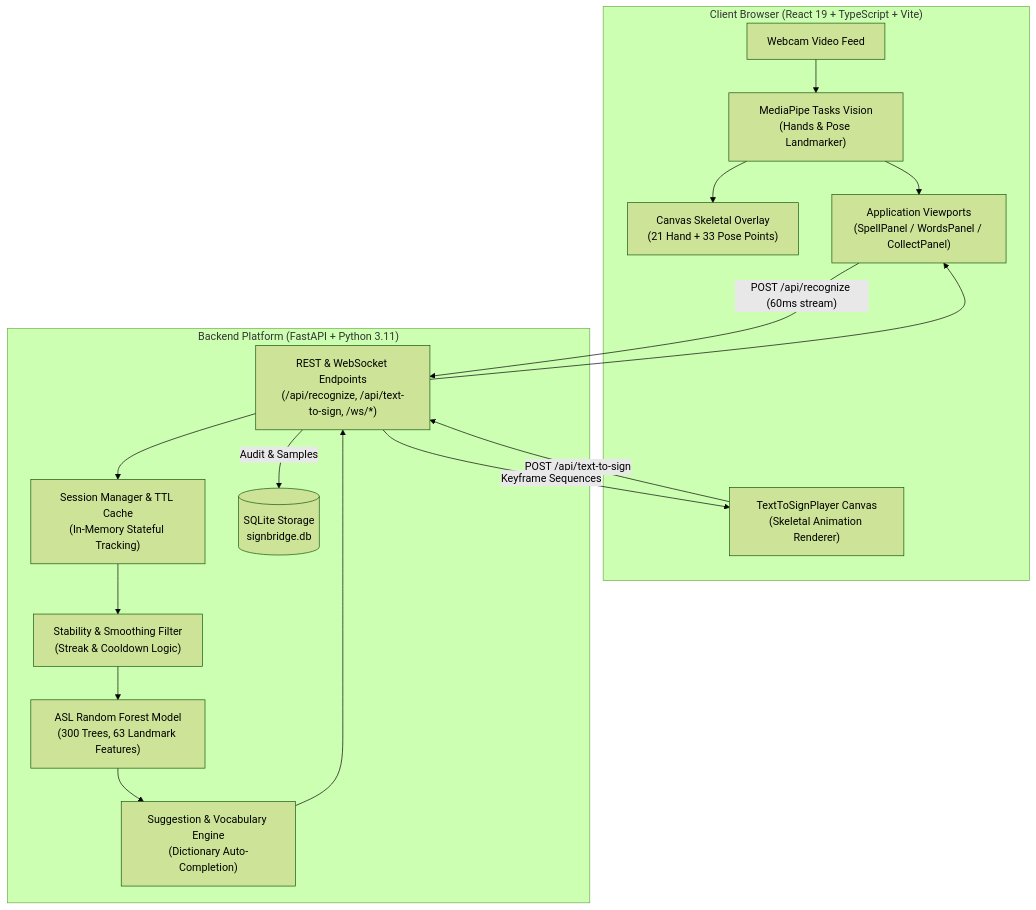
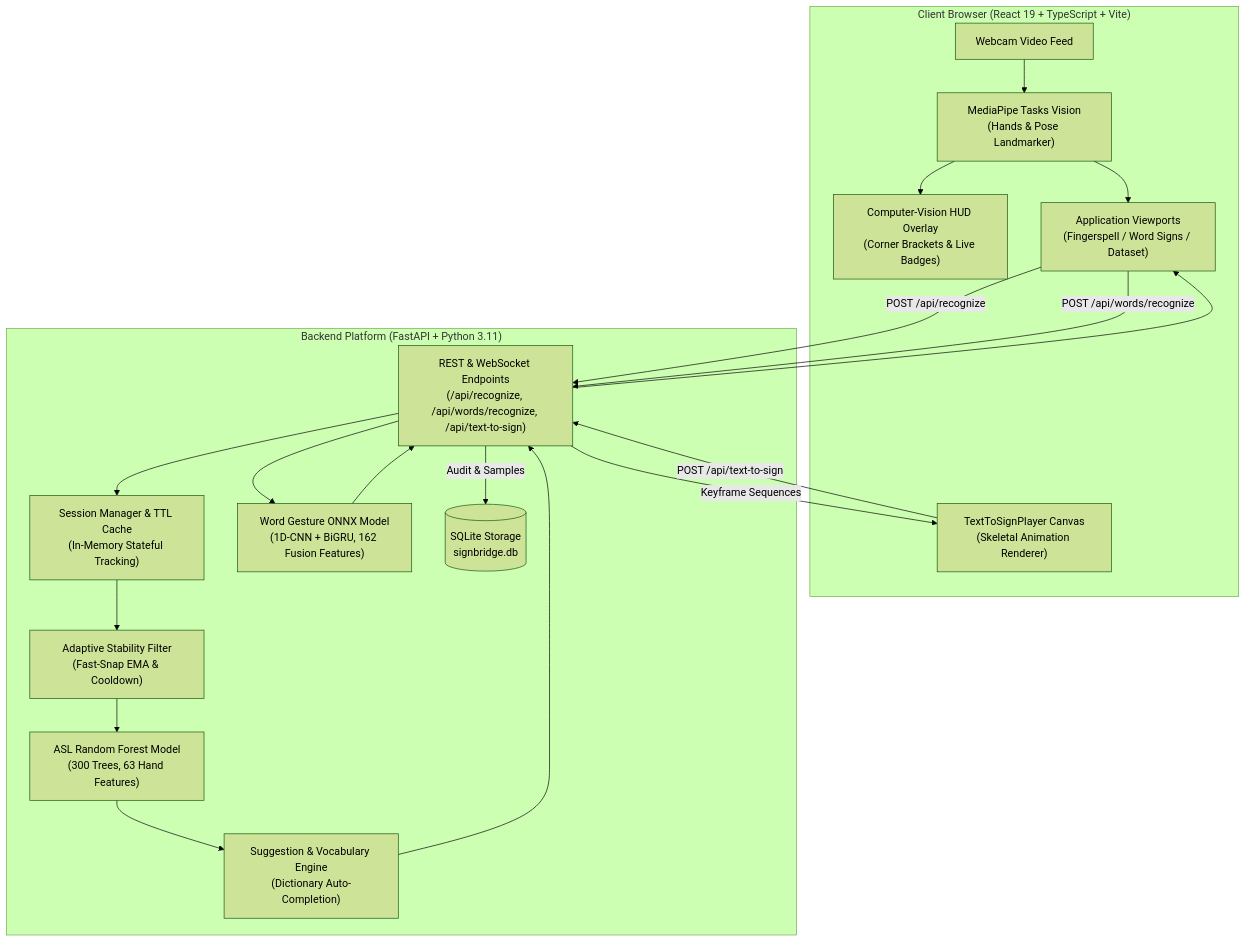
The first of 2 diagrams in README.md (thenix09/SIGN_BRIDGE), drawn with Mermaid (forest theme) before and after one commit. The commit also changed other lines of this file, not shown here.

Commit message:
docs: update README with ONNX word model architecture, theme system, and UI enhancements

````diff
--- a/README.md
+++ b/README.md
@@ -46,27 +47,32 @@
 ```mermaid
 flowchart TD
     subgraph Client ["Client Browser (React 19 + TypeScript + Vite)"]
         Cam["Webcam Video Feed"] --> MP["MediaPipe Tasks Vision<br/>(Hands & Pose Landmarker)"]
-        MP --> Overlay["Canvas Skeletal Overlay<br/>(21 Hand + 33 Pose Points)"]
-        MP --> UI["Application Viewports<br/>(SpellPanel / WordsPanel / CollectPanel)"]
+        MP --> HUD["Computer-Vision HUD Overlay<br/>(Corner Brackets & Live Badges)"]
+        MP --> UI["Application Viewports<br/>(Fingerspell / Word Signs / Dataset)"]
         TTS_UI["TextToSignPlayer Canvas<br/>(Skeletal Animation Renderer)"]
     end
 
     subgraph Backend ["Backend Platform (FastAPI + Python 3.11)"]
-        API["REST & WebSocket Endpoints<br/>(/api/recognize, /api/text-to-sign, /ws/*)"]
+        API["REST & WebSocket Endpoints<br/>(/api/recognize, /api/words/recognize, /api/text-to-sign)"]
         SM["Session Manager & TTL Cache<br/>(In-Memory Stateful Tracking)"]
-        STAB["Stability & Smoothing Filter<br/>(Streak & Cooldown Logic)"]
-        RF["ASL Random Forest Model<br/>(300 Trees, 63 Landmark Features)"]
+        STAB["Adaptive Stability Filter<br/>(Fast-Snap EMA & Cooldown)"]
+        RF["ASL Random Forest Model<br/>(300 Trees, 63 Hand Features)"]
+        ONNX["Word Gesture ONNX Model<br/>(1D-CNN + BiGRU, 162 Fusion Features)"]
         SE["Suggestion & Vocabulary Engine<br/>(Dictionary Auto-Completion)"]
         DB[(SQLite Storage<br/>signbridge.db)]
     end
 
-    UI -- "POST /api/recognize (60ms stream)" --> API
+    UI -- "POST /api/recognize" --> API
     API --> SM --> STAB --> RF
     RF --> SE --> API
     API --> UI
+    
+    UI -- "POST /api/words/recognize" --> API
+    API --> ONNX --> API
+
     API -- "Audit & Samples" --> DB
 
     TTS_UI -- "POST /api/text-to-sign" --> API
     API -- "Keyframe Sequences" --> TTS_UI
 ```
````
